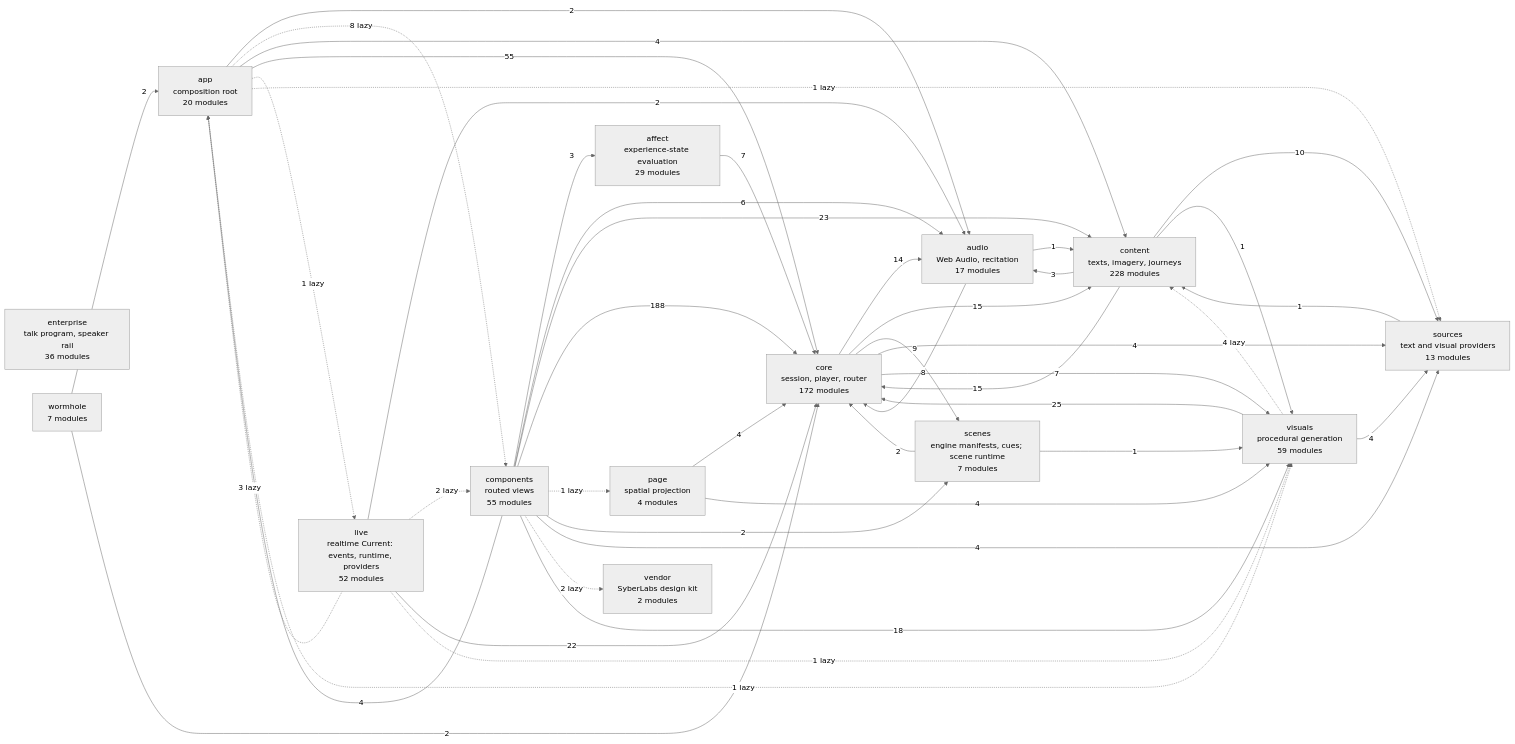
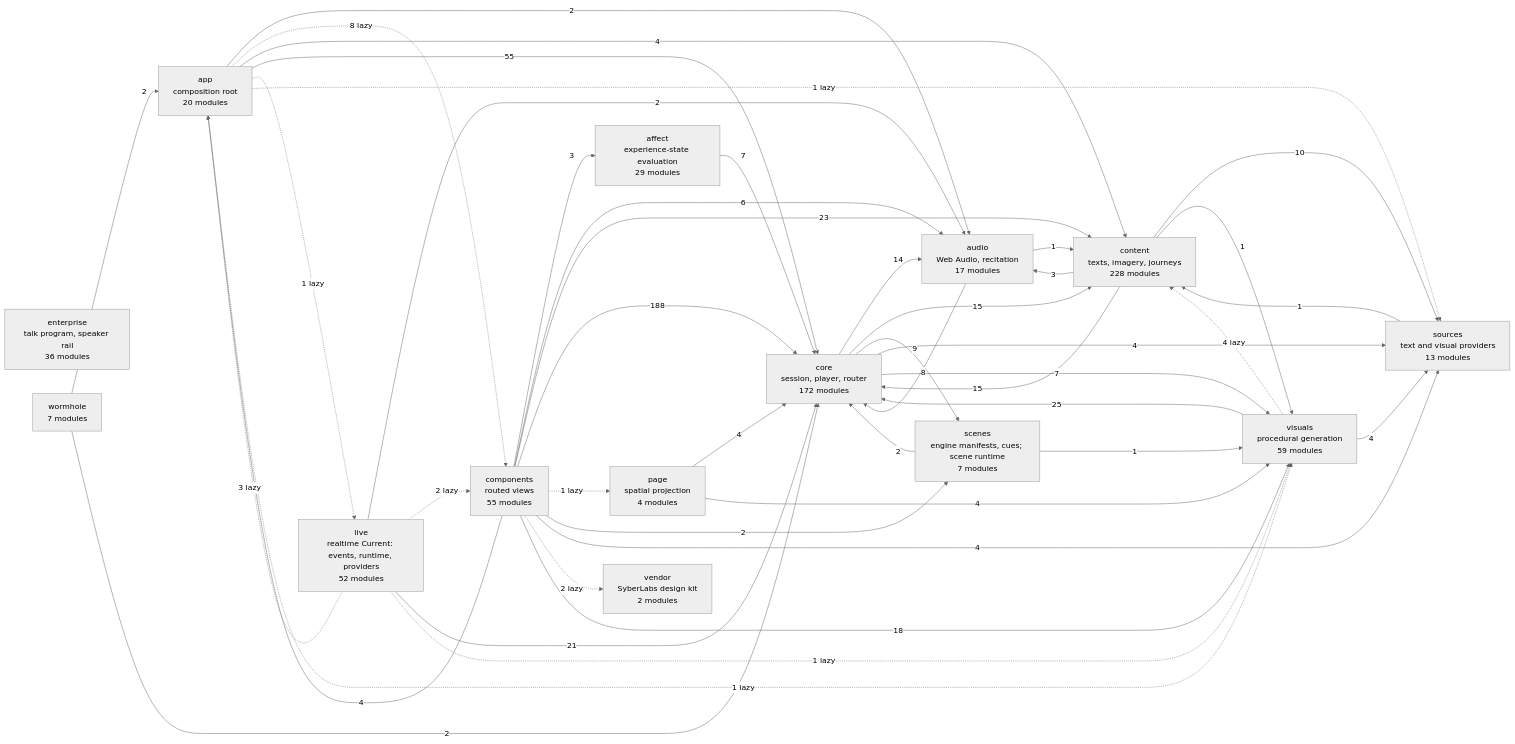
One commit to SyberLabs/RISE changed the diagram in docs/specs/ARCHITECTURE.md. Above: the diagram before and after it, drawn with Mermaid (neutral theme). The commit also changed 21 other files, not shown here.

````diff
--- a/docs/specs/ARCHITECTURE.md
+++ b/docs/specs/ARCHITECTURE.md
@@ -161,62 +161,62 @@
 ```mermaid
 flowchart LR
     affect["affect<br/>experience-state evaluation<br/>29 modules"]
     app["app<br/>composition root<br/>20 modules"]
     audio["audio<br/>Web Audio, recitation<br/>17 modules"]
     components["components<br/>routed views<br/>55 modules"]
     content["content<br/>texts, imagery, journeys<br/>228 modules"]
     core["core<br/>session, player, router<br/>172 modules"]
     enterprise["enterprise<br/>talk program, speaker rail<br/>36 modules"]
     live["live<br/>realtime Current: events, runtime, providers<br/>52 modules"]
     page["page<br/>spatial projection<br/>4 modules"]
     scenes["scenes<br/>engine manifests, cues; scene runtime<br/>7 modules"]
     sources["sources<br/>text and visual providers<br/>13 modules"]
     vendor["vendor<br/>SyberLabs design kit<br/>2 modules"]
     visuals["visuals<br/>procedural generation<br/>59 modules"]
     wormhole["wormhole<br/>7 modules"]
 
     affect --> |7| core
     app --> |2| audio
     app -.-> |8 lazy| components
     app --> |4| content
     app --> |55| core
     app -.-> |1 lazy| live
     app -.-> |1 lazy| sources
     app -.-> |1 lazy| visuals
     audio --> |1| content
     audio --> |8| core
     components --> |3| affect
     components --> |4| app
     components --> |6| audio
     components --> |23| content
     components --> |188| core
     components -.-> |1 lazy| page
     components --> |2| scenes
     components --> |4| sources
     components -.-> |2 lazy| vendor
     components --> |18| visuals
     content --> |3| audio
     content --> |15| core
     content --> |10| sources
     content --> |1| visuals
     core --> |14| audio
     core --> |15| content
     core --> |9| scenes
     core --> |4| sources
     core --> |7| visuals
     live -.-> |3 lazy| app
     live --> |2| audio
     live -.-> |2 lazy| components
-    live --> |22| core
+    live --> |21| core
     live -.-> |1 lazy| visuals
     page --> |4| core
     page --> |4| visuals
     scenes --> |2| core
     scenes --> |1| visuals
     sources --> |1| content
     visuals -.-> |4 lazy| content
     visuals --> |25| core
     visuals --> |4| sources
     wormhole --> |2| app
     wormhole --> |2| core
 ```
````
